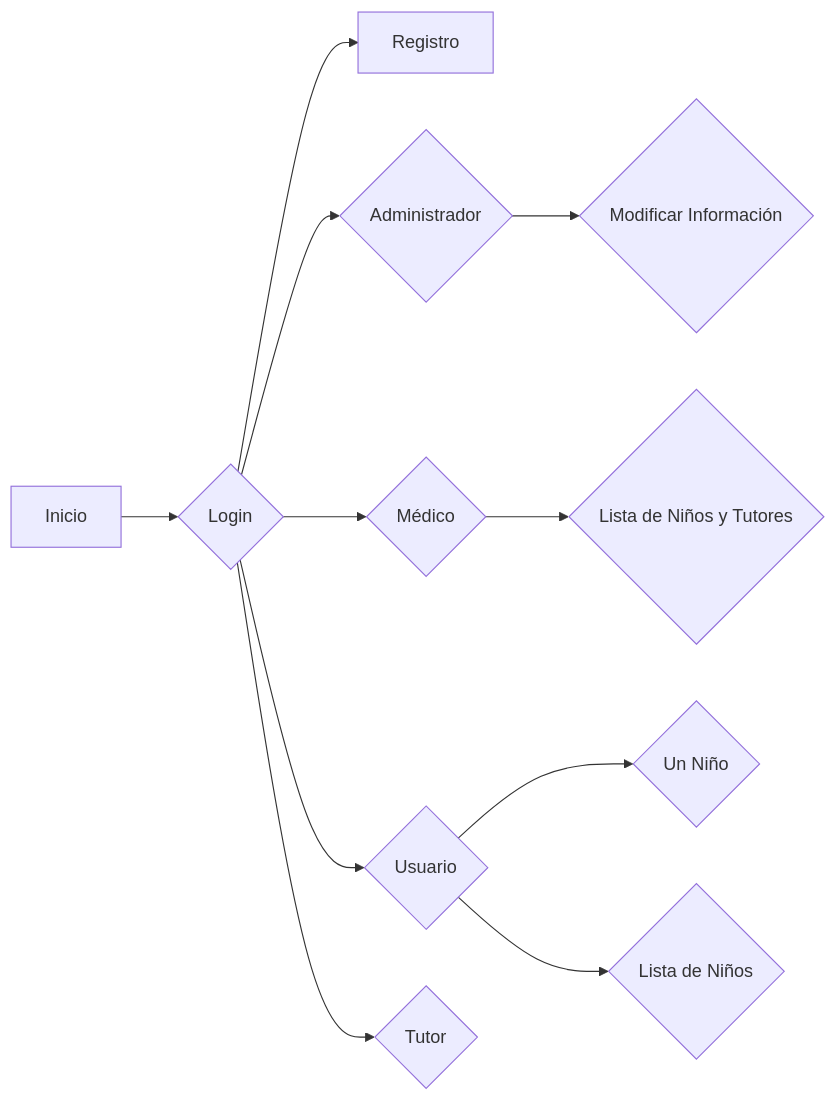
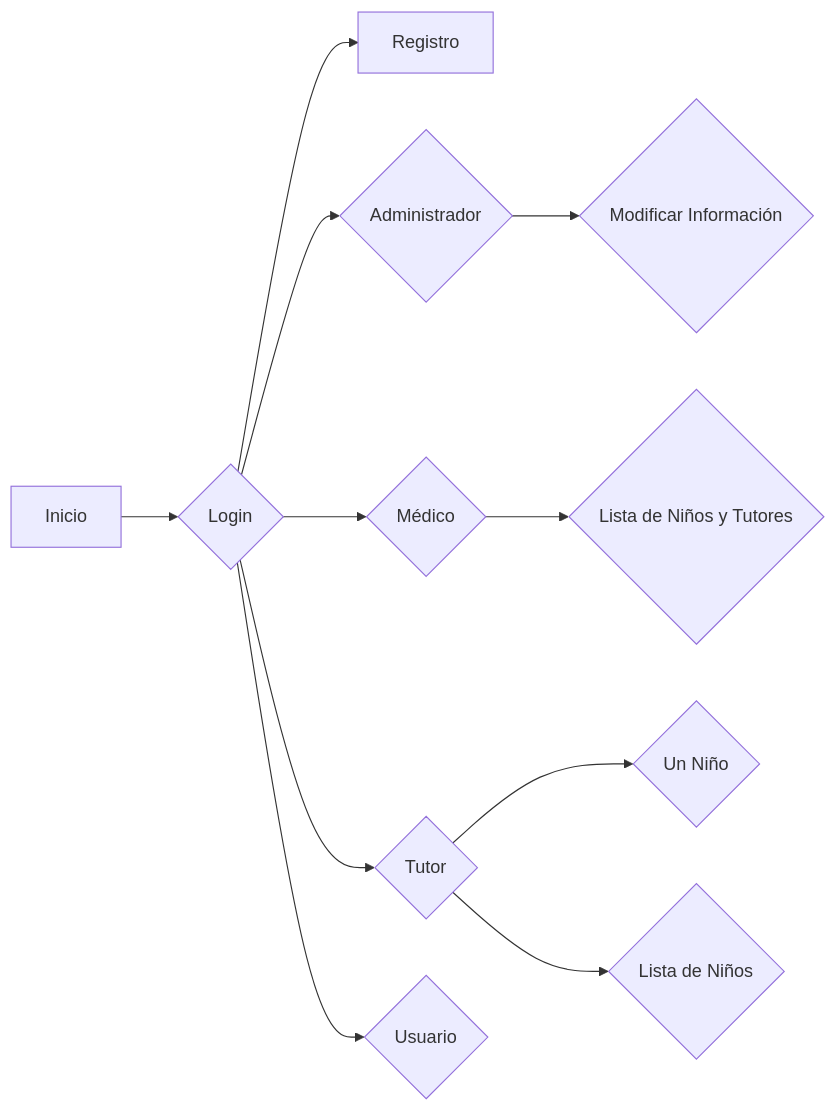
Before and after one commit to mactiburon/tapatapp: the diagram in Diagramavista.mermaid, drawn with Mermaid.

Commit message:
Diagramavista.mermaid

```diff
--- a/Diagramavista.mermaid
+++ b/Diagramavista.mermaid
@@ -1,11 +1,11 @@
 graph LR
     A[Inicio] --> B{Login}
     B --> C[Registro]
     B --> E{Administrador}
     B --> F{Médico}
-    B --> G{Usuario}
-    B --> H{Tutor}
+    B --> G{Tutor}
+    B --> H{Usuario}
     G --> I{Un Niño}
     G --> J{Lista de Niños}
     F --> K{Lista de Niños y Tutores}
     E --> L{Modificar Información}
```
